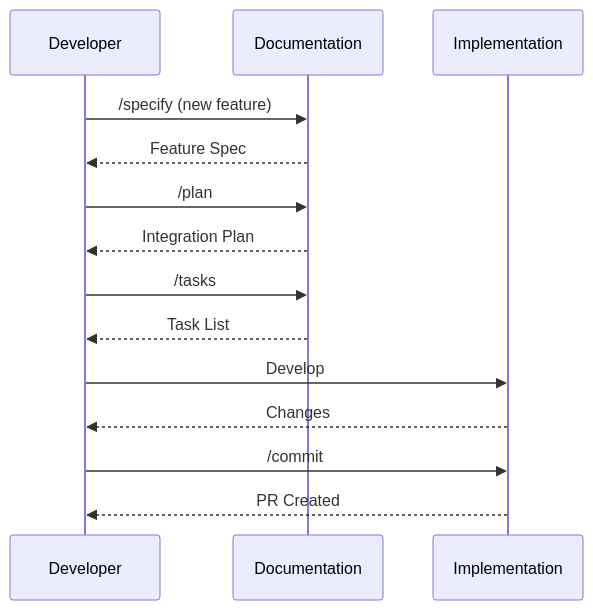
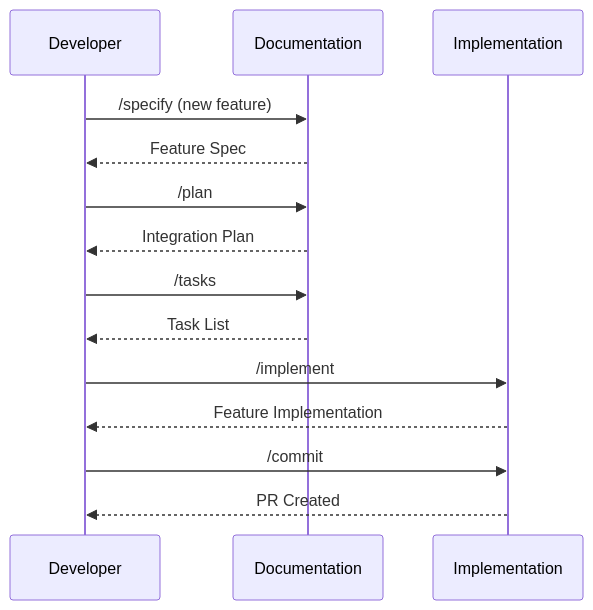
Before and after one commit to Mathews-Tom/sage-dev: the tenth of 23 diagrams in commands/WORKFLOW.md, drawn with Mermaid. The commit also changed other lines of this file and 2 other files, not shown here.

First line of the commit message:
docs: introduce /implement command and integrate phased implementation across workflow

````diff
--- a/commands/WORKFLOW.md
+++ b/commands/WORKFLOW.md
@@ -224,21 +249,21 @@
 ```mermaid
 sequenceDiagram
     participant Dev as Developer
     participant Docs as Documentation
     participant Code as Implementation
     
     Dev->>Docs: /specify (new feature)
     Docs-->>Dev: Feature Spec
     
     Dev->>Docs: /plan
     Docs-->>Dev: Integration Plan
     
     Dev->>Docs: /tasks
     Docs-->>Dev: Task List
-    
-    Dev->>Code: Develop
-    Code-->>Dev: Changes
-    
+
+    Dev->>Code: /implement
+    Code-->>Dev: Feature Implementation
+
     Dev->>Code: /commit
     Code-->>Dev: PR Created
 ```
````
